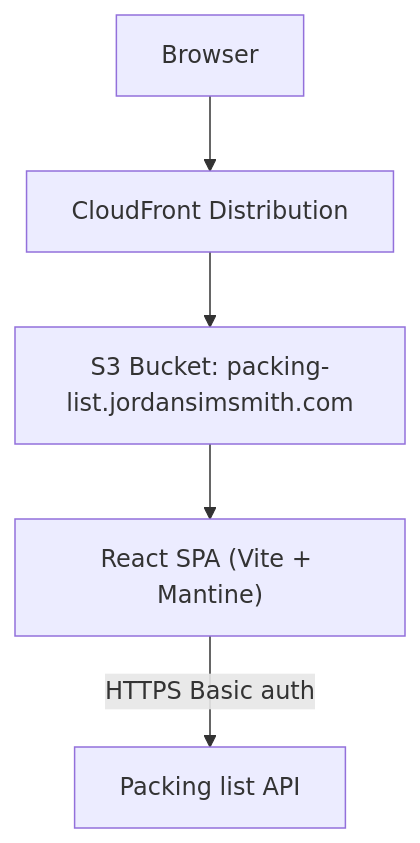
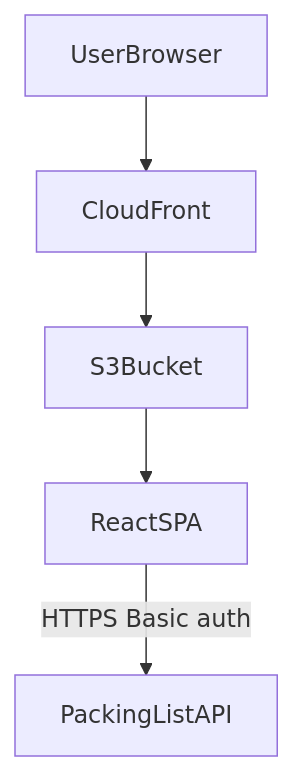
Before and after one commit to jordansimsmith/jordansimsmith-com: the first of 2 diagrams in packing_list_web/README.md, drawn with Mermaid. The commit also changed other lines of this file and 9 other files, not shown here.

````diff
--- a/packing_list_web/README.md
+++ b/packing_list_web/README.md
@@ -9,7 +33,7 @@
 ```mermaid
 flowchart TD
-  A[Browser] --> B[CloudFront Distribution]
-  B --> C[S3 Bucket: packing-list.jordansimsmith.com]
-  C --> D["React SPA (Vite + Mantine)"]
-  D -->|HTTPS Basic auth| E[Packing list API]
+  browser[UserBrowser] --> cloudfront[CloudFront]
+  cloudfront --> s3[S3Bucket]
+  s3 --> spa[ReactSPA]
+  spa -->|"HTTPS Basic auth"| api[PackingListAPI]
 ```
````
